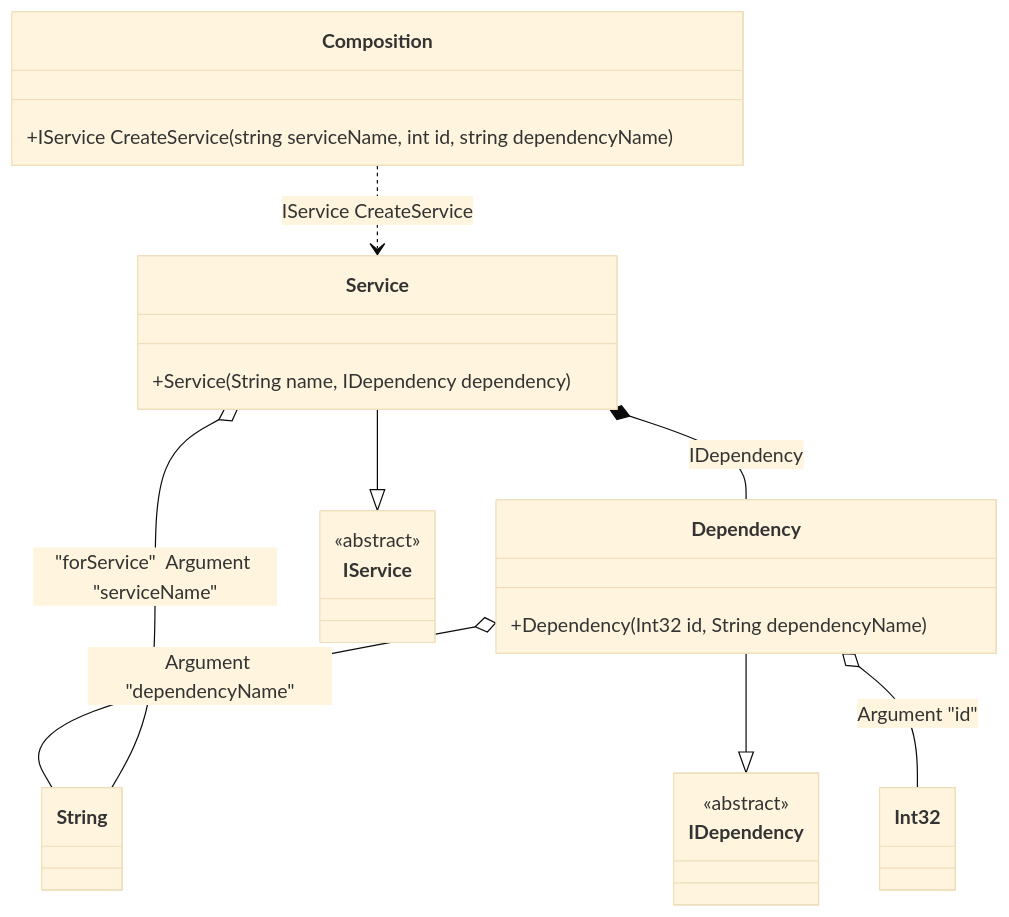
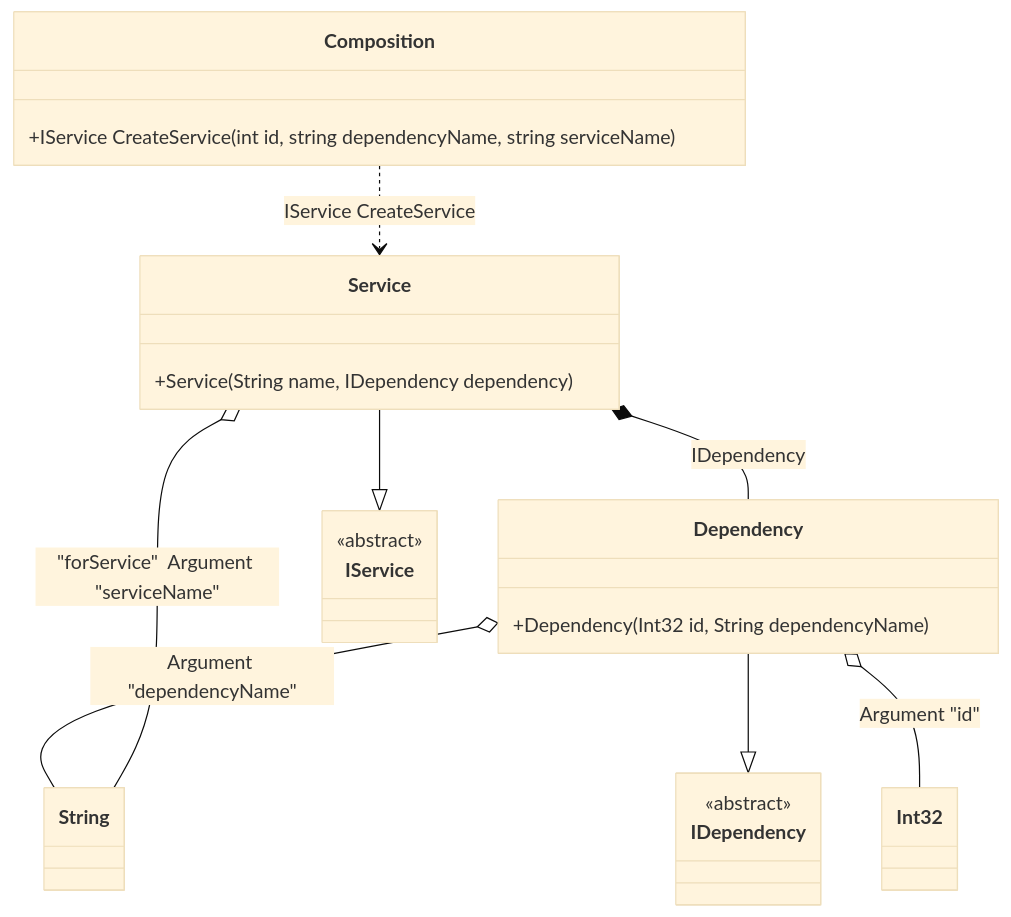
One commit to DevTeam/Pure.DI changed the diagram in readme/root-arguments.md. Above: the diagram before and after it, drawn with Mermaid (base theme). The commit also changed other lines of this file and 70 other files, not shown here.

````diff
--- a/readme/root-arguments.md
+++ b/readme/root-arguments.md
@@ -71,27 +71,27 @@
 ```mermaid
 classDiagram
   class Composition {
-    +IService CreateService(string serviceName, int id, string dependencyName)
+    +IService CreateService(int id, string dependencyName, string serviceName)
   }
   Dependency --|> IDependency : 
   class Dependency {
     +Dependency(Int32 id, String dependencyName)
   }
   Service --|> IService : 
   class Service {
     +Service(String name, IDependency dependency)
   }
   class Int32
   class String
   class IDependency {
     <<abstract>>
   }
   class IService {
     <<abstract>>
   }
   Dependency o-- Int32 : Argument "id"
   Dependency o-- String : Argument "dependencyName"
   Service o-- String : "forService"  Argument "serviceName"
   Service *--  Dependency : IDependency
   Composition ..> Service : IService CreateService
 ```
````
